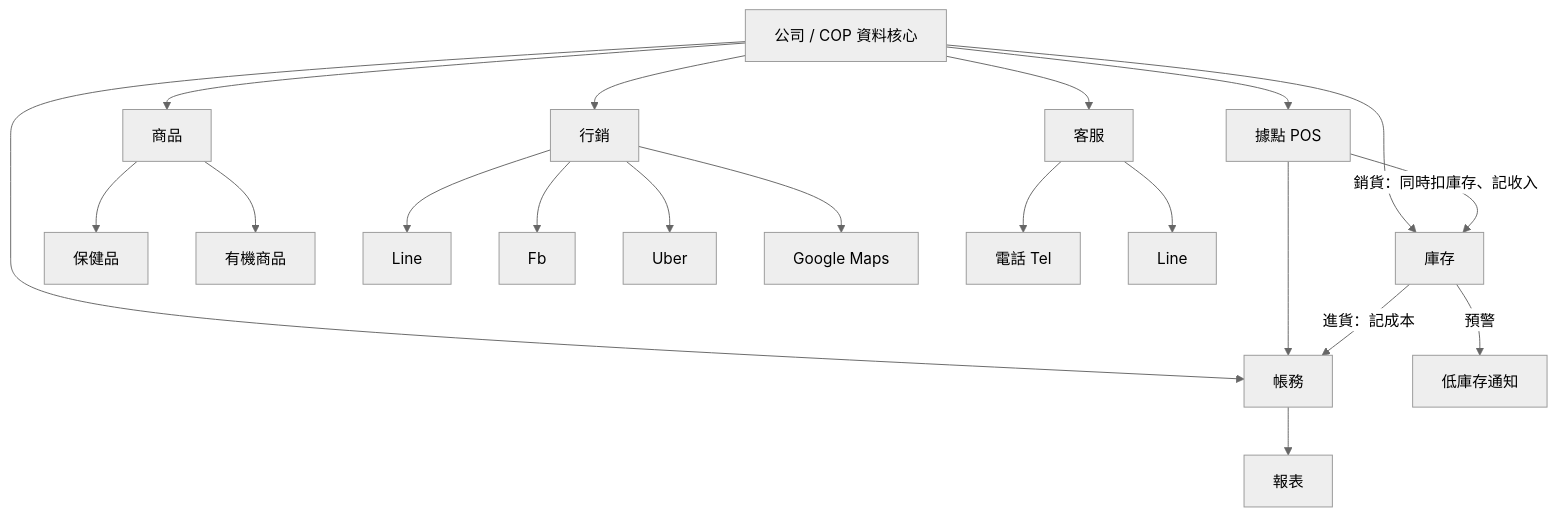
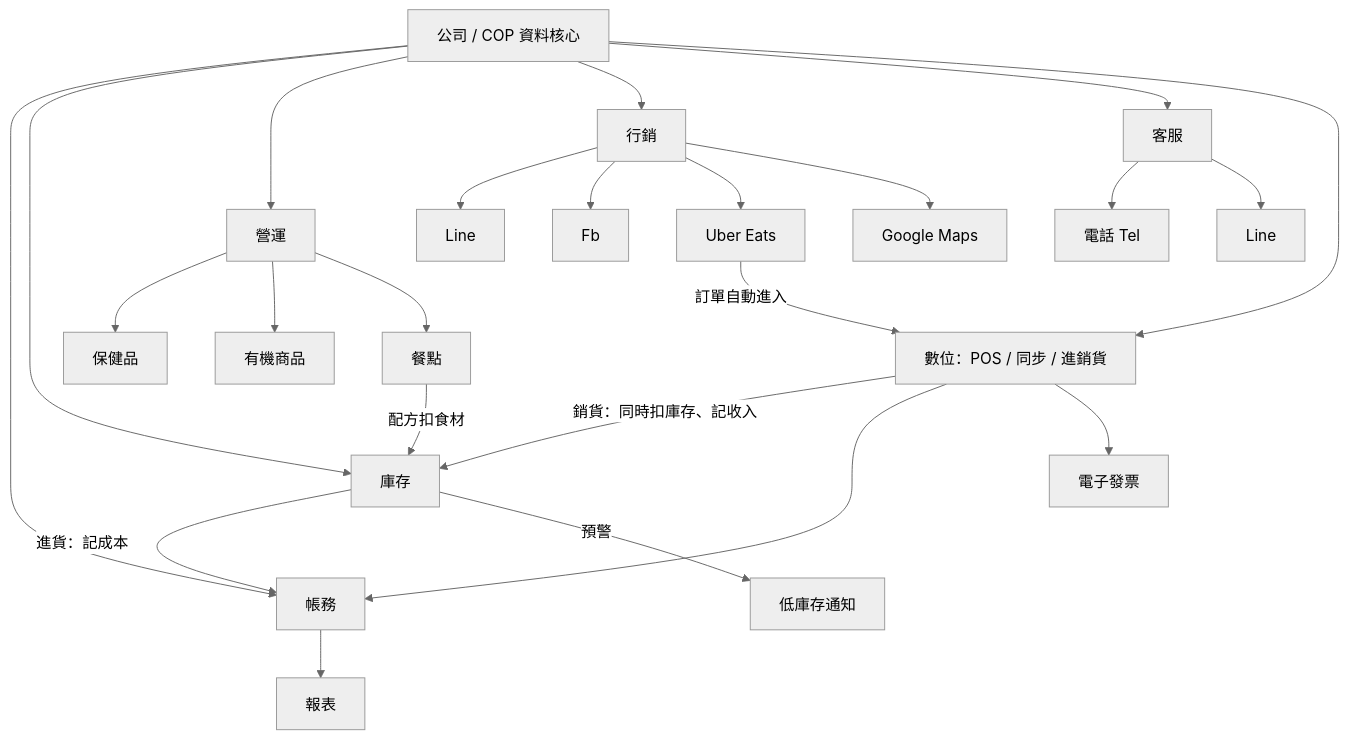
The diagram in docs/ops-system-design.md (eemily1234/inspogen), drawn with Mermaid (neutral theme) before and after one commit. The commit also changed other lines of this file, not shown here.

First line of the commit message:
Update ops design (v3): confirmed modules, meals/recipes, e-invoice, Uber Eats

````diff
--- a/docs/ops-system-design.md
+++ b/docs/ops-system-design.md
@@ -23,25 +24,29 @@
 ```mermaid
 flowchart TB
     CO[公司 / COP 資料核心]
     CO --> ACC[帳務]
     CO --> INV[庫存]
-    CO --> PRD[商品]
+    CO --> PRD[營運]
     CO --> MKT[行銷]
     CO --> CS[客服]
-    CO --> STORE[據點 POS]
+    CO --> STORE[數位：POS / 同步 / 進銷貨]
 
     PRD --> P1[保健品]
     PRD --> P2[有機商品]
+    PRD --> P3[餐點]
     MKT --> M1[Line]
     MKT --> M2[Fb]
-    MKT --> M3[Uber]
+    MKT --> M3[Uber Eats]
     MKT --> M4[Google Maps]
     CS --> C1[電話 Tel]
     CS --> C2[Line]
 
     STORE -- "銷貨：同時扣庫存、記收入" --> INV
     STORE --> ACC
+    STORE --> EINV[電子發票]
+    M3 -- "訂單自動進入" --> STORE
+    P3 -- "配方扣食材" --> INV
     INV -- "進貨：記成本" --> ACC
     INV -- "預警" --> ALERT[低庫存通知]
     ACC --> RPT[報表]
 ```
````
